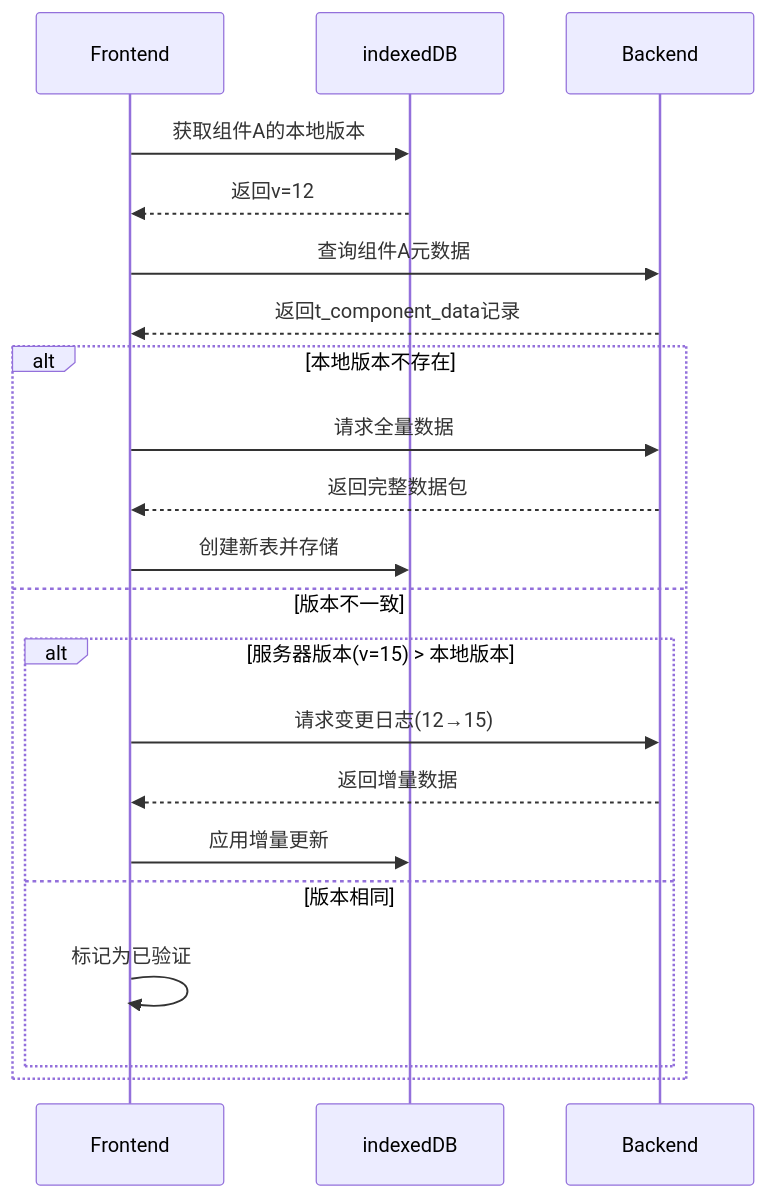
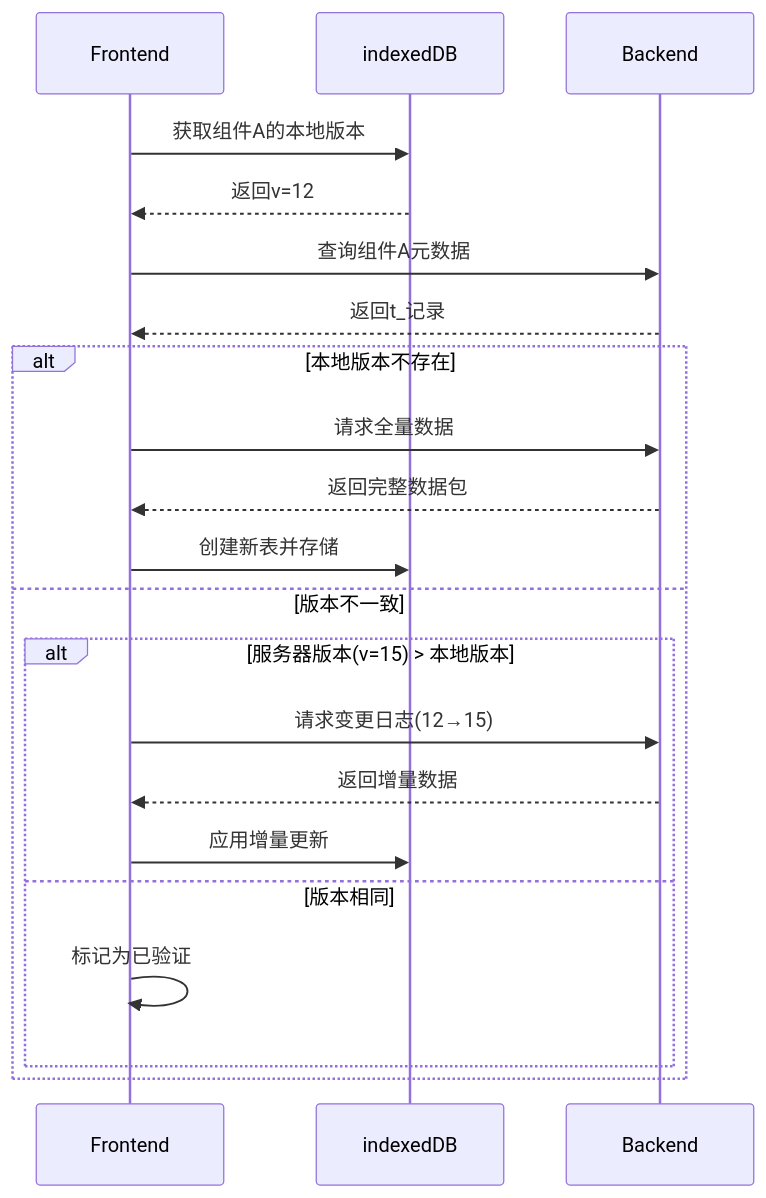
One commit to yingjianzh/iodraw-files changed the diagram in all/未命名-24.md. Above: the diagram before and after it, drawn with Mermaid.

Commit message:
2025-02-24 17:15:20 update

````diff
--- a/all/未命名-24.md
+++ b/all/未命名-24.md
@@ -1,26 +1,26 @@
 ```mermaid
 sequenceDiagram
     participant Frontend
     participant indexedDB
     participant Backend
 
     Frontend->>indexedDB: 获取组件A的本地版本
     indexedDB-->>Frontend: 返回v=12
     
     Frontend->>Backend: 查询组件A元数据
-    Backend-->>Frontend: 返回t_component_data记录
+    Backend-->>Frontend: 返回t_记录
     
     alt 本地版本不存在
         Frontend->>Backend: 请求全量数据
         Backend-->>Frontend: 返回完整数据包
         Frontend->>indexedDB: 创建新表并存储
     else 版本不一致
         alt 服务器版本(v=15) > 本地版本
             Frontend->>Backend: 请求变更日志(12→15)
             Backend-->>Frontend: 返回增量数据
             Frontend->>indexedDB: 应用增量更新
         else 版本相同
             Frontend->>Frontend: 标记为已验证
         end
     end
 ```
````
